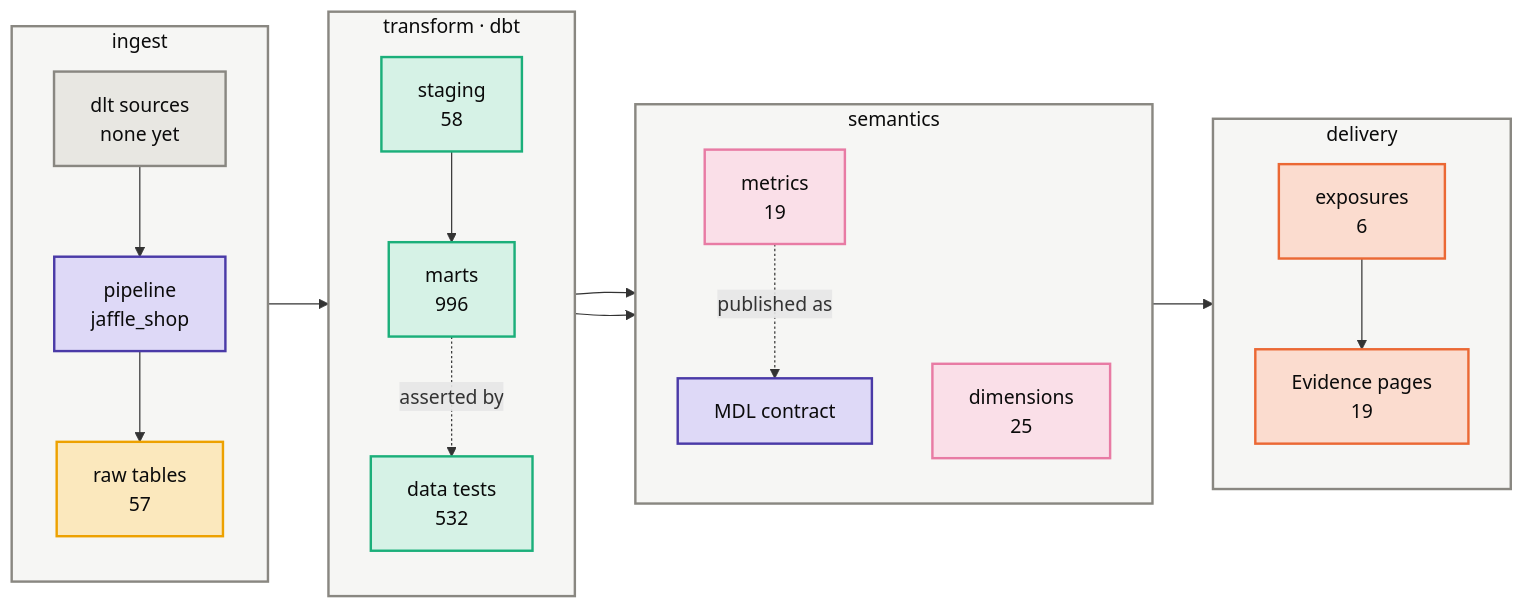
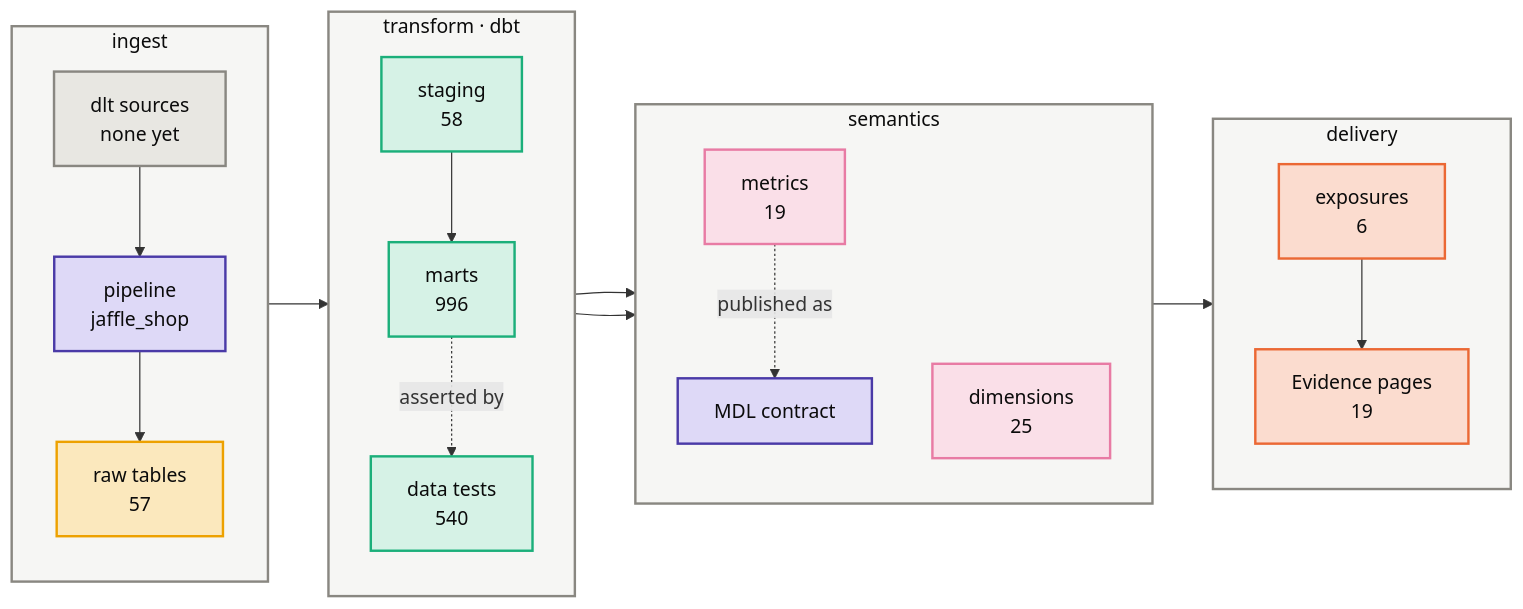
One commit to Atomz-org/data-platform changed the first of 3 diagrams in groups/jaffle/projects/jaffle-shop/kg/architecture.md. Above: the diagram before and after it, drawn with Mermaid. The commit also changed other lines of this file and 7 other files, not shown here.

````diff
--- a/groups/jaffle/projects/jaffle-shop/kg/architecture.md
+++ b/groups/jaffle/projects/jaffle-shop/kg/architecture.md
@@ -10,41 +10,41 @@
 ```mermaid
 flowchart LR
     subgraph LI["ingest"]
         direction TB
         I1["dlt sources<br/>none yet"]:::neutral
         I2["pipeline<br/>jaffle_shop"]:::platform
         I3["raw tables<br/>57"]:::raw
     end
     subgraph LT["transform · dbt"]
         direction TB
         T1["staging<br/>58"]:::model
         T2["marts<br/>996"]:::model
-        T3["data tests<br/>532"]:::model
+        T3["data tests<br/>540"]:::model
     end
     subgraph LS["semantics"]
         direction TB
         S1["metrics<br/>19"]:::metric
         S2["dimensions<br/>25"]:::metric
         S3["MDL contract"]:::platform
     end
     subgraph LD["delivery"]
         direction TB
         D1["exposures<br/>6"]:::exposure
         D2["Evidence pages<br/>19"]:::exposure
     end
     I1 --> I2 --> I3 --> T1 --> T2
     T2 --> S1 --> D1 --> D2
     T2 --> S2
     S1 -.published as.-> S3
     T2 -.asserted by.-> T3
     classDef ingress fill:#cde2fb,stroke:#2a78d6,stroke-width:2px,color:#0b0b0b
     classDef platform fill:#ded9f7,stroke:#4a3aa7,stroke-width:2px,color:#0b0b0b
     classDef raw fill:#fbe8bd,stroke:#eda100,stroke-width:2px,color:#0b0b0b
     classDef model fill:#d6f2e6,stroke:#1baf7a,stroke-width:2px,color:#0b0b0b
     classDef metric fill:#fadfe8,stroke:#e87ba4,stroke-width:2px,color:#0b0b0b
     classDef exposure fill:#fbdccf,stroke:#eb6834,stroke-width:2px,color:#0b0b0b
     classDef neutral fill:#e8e7e2,stroke:#898781,stroke-width:2px,color:#0b0b0b
     classDef project fill:#e3eefc,stroke:#2a78d6,stroke-width:2px,color:#0b0b0b
     classDef lane fill:#f6f6f4,stroke:#898781,stroke-width:2px,color:#0b0b0b
     class LI,LT,LS,LD lane
 ```
````
